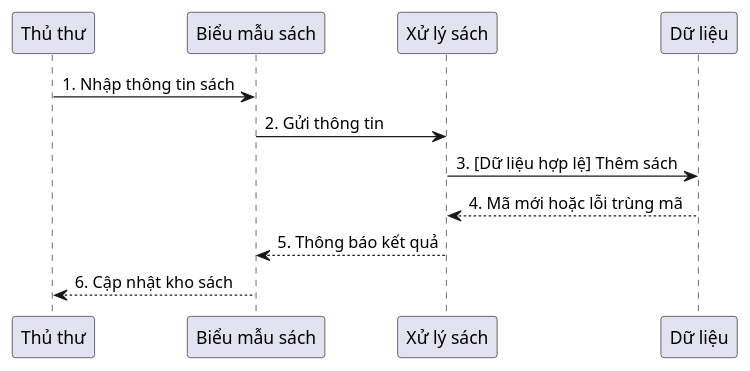
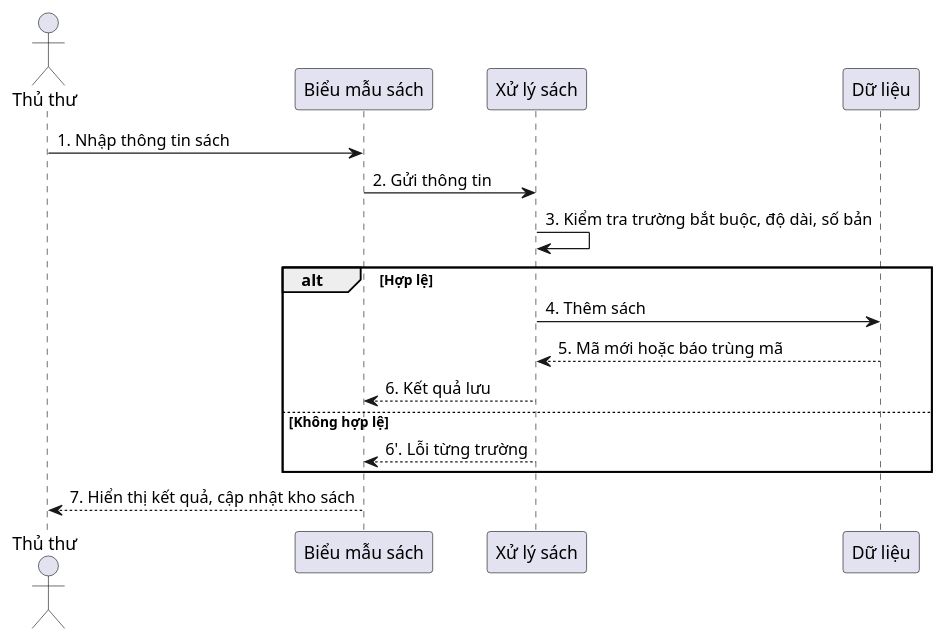
The diagram in docs/uml/05_seq_book.puml (khoiln218/ThuVienMini), drawn with PlantUML before and after one commit. The commit also changed 108 other files, not shown here.

```diff
--- a/docs/uml/05_seq_book.puml
+++ b/docs/uml/05_seq_book.puml
@@ -1,15 +1,19 @@
 @startuml
 skinparam defaultFontName Arial
 skinparam shadowing false
-participant "Thủ thư" as P0
+actor "Thủ thư" as P0
 participant "Biểu mẫu sách" as P1
 participant "Xử lý sách" as P2
 participant "Dữ liệu" as P3
 P0 -> P1: 1. Nhập thông tin sách
 P1 -> P2: 2. Gửi thông tin
-P2 -> P3: 3. [Dữ liệu hợp lệ] Thêm sách
-P3 --> P2: 4. Mã mới hoặc lỗi trùng mã
-P2 --> P1: 5. Thông báo kết quả
-P1 --> P0: 6. Cập nhật kho sách
-
+P2 -> P2: 3. Kiểm tra trường bắt buộc, độ dài, số bản
+alt Hợp lệ
+  P2 -> P3: 4. Thêm sách
+  P3 --> P2: 5. Mã mới hoặc báo trùng mã
+  P2 --> P1: 6. Kết quả lưu
+else Không hợp lệ
+  P2 --> P1: 6'. Lỗi từng trường
+end
+P1 --> P0: 7. Hiển thị kết quả, cập nhật kho sách
 @enduml
```
